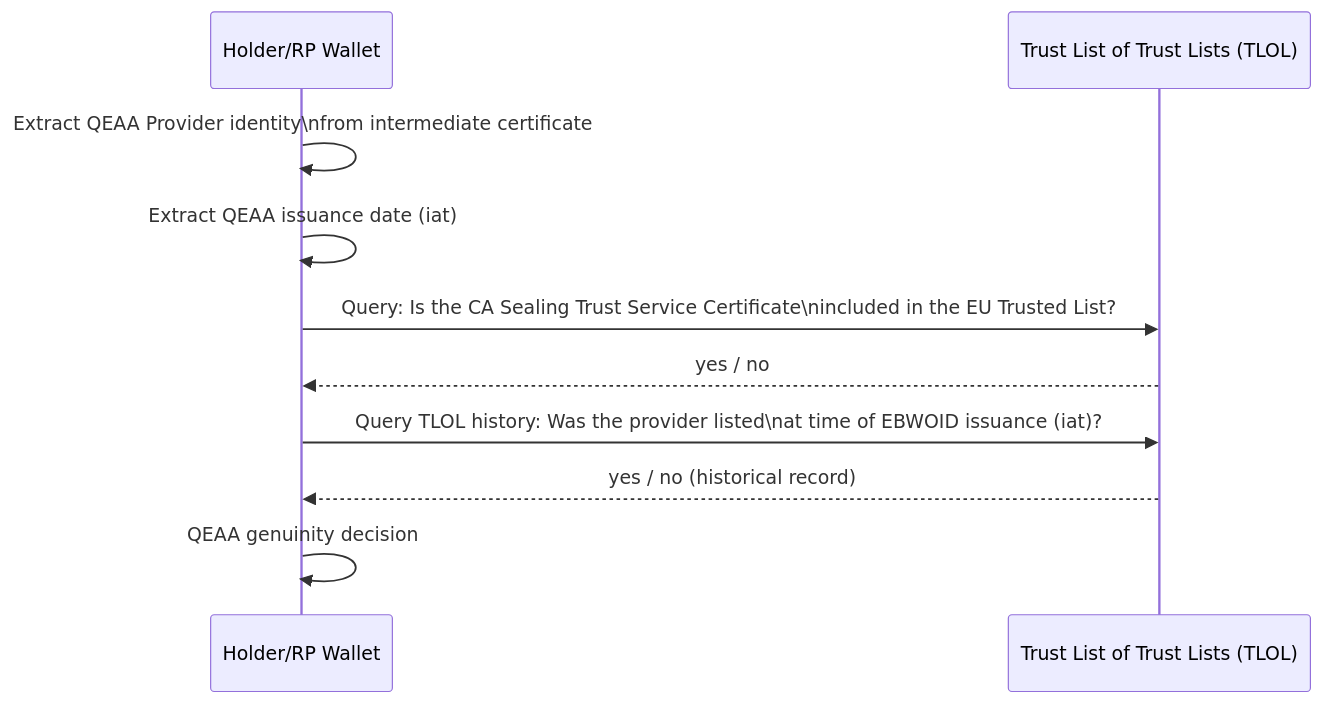
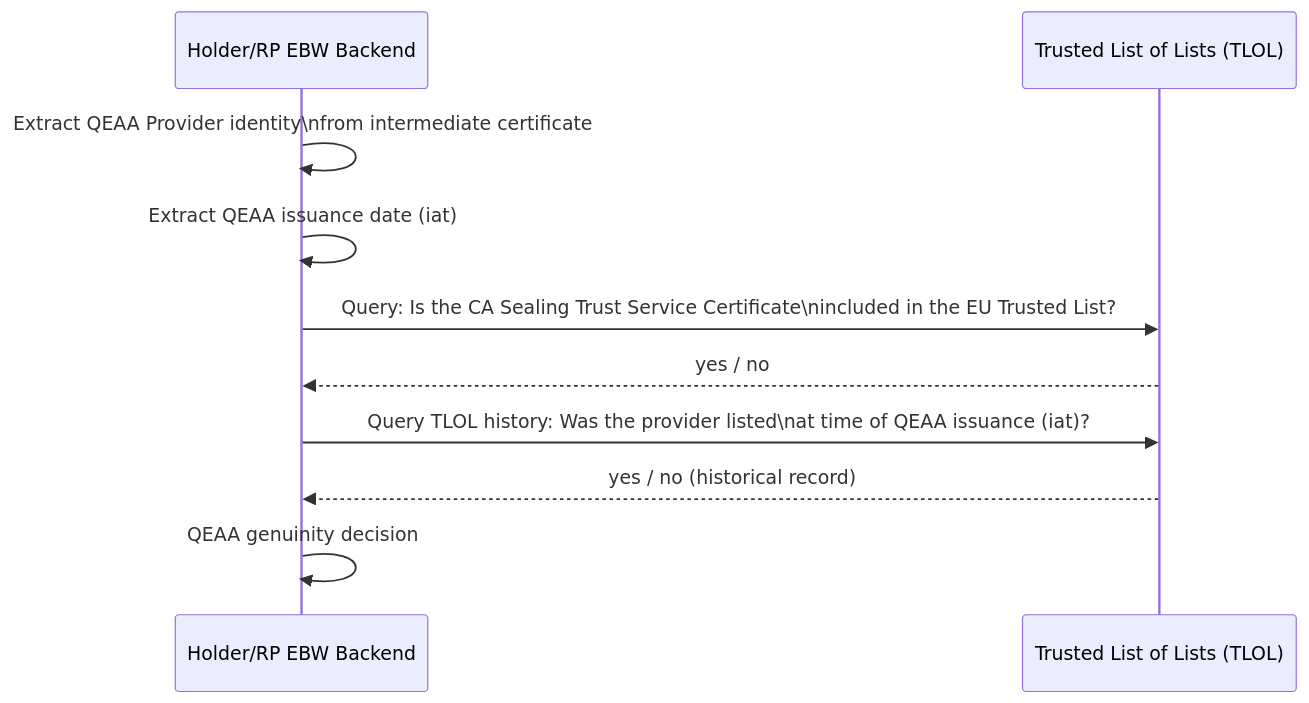
One commit to webuild-consortium/webuild-attestation-rulebooks-catalog changed the second of 6 diagrams in rulebooks/rb-base/verifier-base-verification.md. Above: the diagram before and after it, drawn with Mermaid. The commit also changed other lines of this file, not shown here.

````diff
--- a/rulebooks/rb-base/verifier-base-verification.md
+++ b/rulebooks/rb-base/verifier-base-verification.md
@@ -150,13 +166,13 @@
 ```mermaid
 sequenceDiagram
-participant HW as Holder/RP Wallet
-participant TLOL as Trust List of Trust Lists (TLOL)
+participant HW as Holder/RP EBW Backend
+participant TLOL as Trusted List of Lists (TLOL)
 
     HW->>HW: Extract QEAA Provider identity\nfrom intermediate certificate
     HW->>HW: Extract QEAA issuance date (iat)
     HW->>TLOL: Query: Is the CA Sealing Trust Service Certificate\nincluded in the EU Trusted List?
     TLOL-->>HW: yes / no
-    HW->>TLOL: Query TLOL history: Was the provider listed\nat time of EBWOID issuance (iat)?
+    HW->>TLOL: Query TLOL history: Was the provider listed\nat time of QEAA issuance (iat)?
     TLOL-->>HW: yes / no (historical record)
     HW->>HW: QEAA genuinity decision
 ```
````
